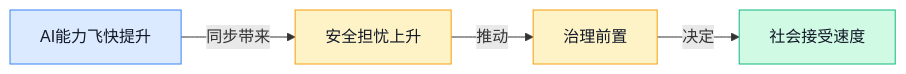
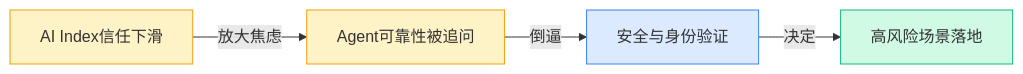
Before and after one commit to ylzsdafei/ai-daily-site: the third of 8 diagrams in content/cn/blog/weekly/2026-W16.md, drawn with Mermaid. The commit also changed other lines of this file and 4 other files, not shown here.

````diff
--- a/content/cn/blog/weekly/2026-W16.md
+++ b/content/cn/blog/weekly/2026-W16.md
@@ -87,12 +78,10 @@
 ```mermaid
 graph LR
-A[AI能力飞快提升] -->|同步带来| B[安全担忧上升]
-B -->|推动| C[治理前置]
-C -->|决定| D[社会接受速度]
-classDef blue fill:#dbeafe,stroke:#3b82f6,color:#111827
-classDef yellow fill:#fef3c7,stroke:#f59e0b,color:#111827
-classDef green fill:#d1fae5,stroke:#10b981,color:#111827
-class A blue
-class B,C yellow
+A[AI Index信任下滑]-->|放大焦虑|B[Agent可靠性被追问]-->|倒逼|C[安全与身份验证]-->|决定|D[高风险场景落地]
+classDef blue fill:#dbeafe,stroke:#3b82f6
+classDef yellow fill:#fef3c7,stroke:#f59e0b
+classDef green fill:#d1fae5,stroke:#10b981
+class A,B yellow
+class C blue
 class D green
 ```
````
